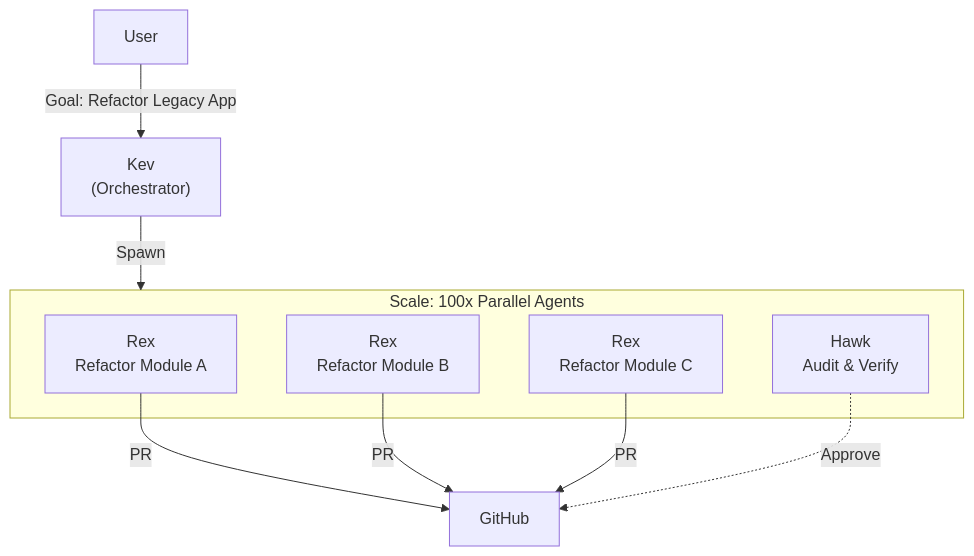
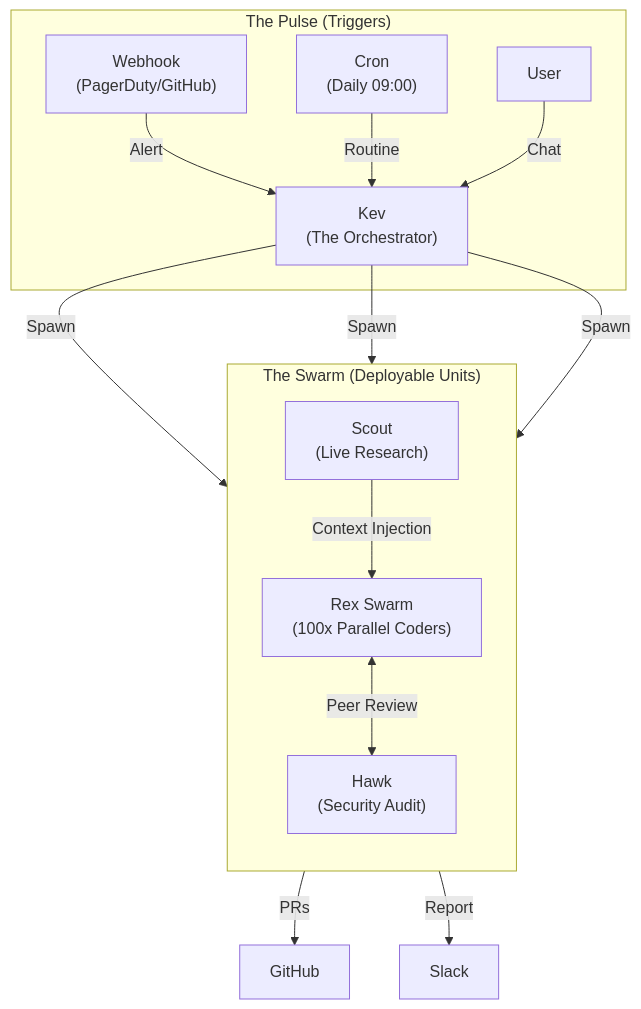
The diagram in MANIFESTO.md (adam91holt/orchestrated-ai-articles), drawn with Mermaid before and after one commit. The commit also changed other lines of this file, not shown here.

````diff
--- a/MANIFESTO.md
+++ b/MANIFESTO.md
@@ -36,18 +42,23 @@
 ```mermaid
 graph TD
-    User[User] -->|Goal: Refactor Legacy App| Kev["Kev<br/>(Orchestrator)"]
-    Kev -->|Spawn| Unit[Deployable Intelligence Unit]
+    subgraph "The Pulse (Triggers)"
+        Webhook["Webhook<br/>(PagerDuty/GitHub)"] -->|Alert| Kev
+        Cron["Cron<br/>(Daily 09:00)"] -->|Routine| Kev
+        User[User] -->|Chat| Kev
+    end
+
+    Kev["Kev<br/>(The Orchestrator)"]
     
-    subgraph Unit [Scale: 100x Parallel Agents]
-        Rex1["Rex<br/>Refactor Module A"]
-        Rex2["Rex<br/>Refactor Module B"]
-        Rex3["Rex<br/>Refactor Module C"]
-        Hawk["Hawk<br/>Audit & Verify"]
+    subgraph "The Swarm (Deployable Units)"
+        direction TB
+        Kev -->|Spawn| RexSwarm["Rex Swarm<br/>(100x Parallel Coders)"]
+        Kev -->|Spawn| Hawk["Hawk<br/>(Security Audit)"]
+        Kev -->|Spawn| Scout["Scout<br/>(Live Research)"]
+        
+        RexSwarm <-->|Peer Review| Hawk
+        Scout -->|Context Injection| RexSwarm
     end
     
-    Rex1 -->|PR| GitHub
-    Rex2 -->|PR| GitHub
-    Rex3 -->|PR| GitHub
-    
-    Hawk -.->|Approve| GitHub
+    RexSwarm -->|PRs| GitHub
+    Hawk -->|Report| Slack
 ```
````
